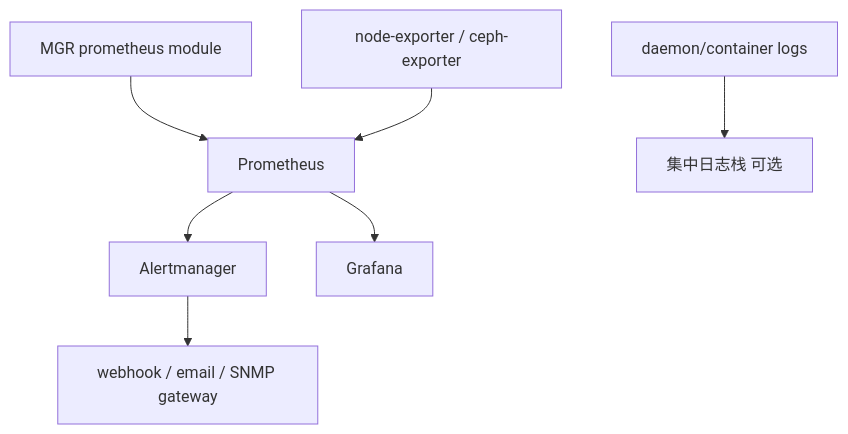
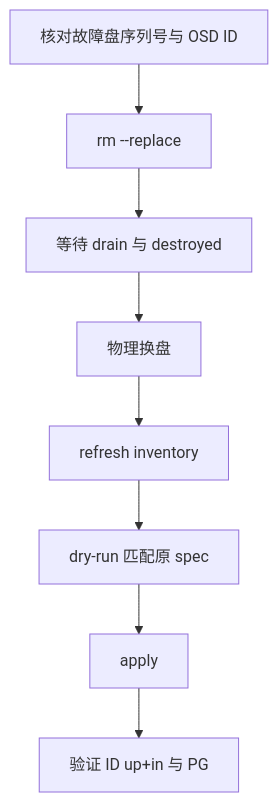
One commit to brinnatt/kubeauto changed diagram 16 of 43 in docs/storage/ceph/02-cephadm.md. Above: the diagram before and after it, drawn with Mermaid. The commit also changed other lines of this file and 1 other file, not shown here.

````diff
--- a/docs/storage/ceph/02-cephadm.md
+++ b/docs/storage/ceph/02-cephadm.md
@@ -414,9 +721,10 @@
 ```mermaid
-flowchart TB
-  M[MGR prometheus module] --> P[Prometheus]
-  N[node-exporter / ceph-exporter] --> P
-  P --> A[Alertmanager]
-  P --> G[Grafana]
-  A --> W[webhook / email / SNMP gateway]
-  D[daemon/container logs] --> L[集中日志栈 可选]
+flowchart TD
+  F[核对故障盘序列号与 OSD ID] --> R[rm --replace]
+  R --> D[等待 drain 与 destroyed]
+  D --> P[物理换盘]
+  P --> I[refresh inventory]
+  I --> Y[dry-run 匹配原 spec]
+  Y --> A[apply]
+  A --> V[验证 ID up+in 与 PG]
 ```
````
